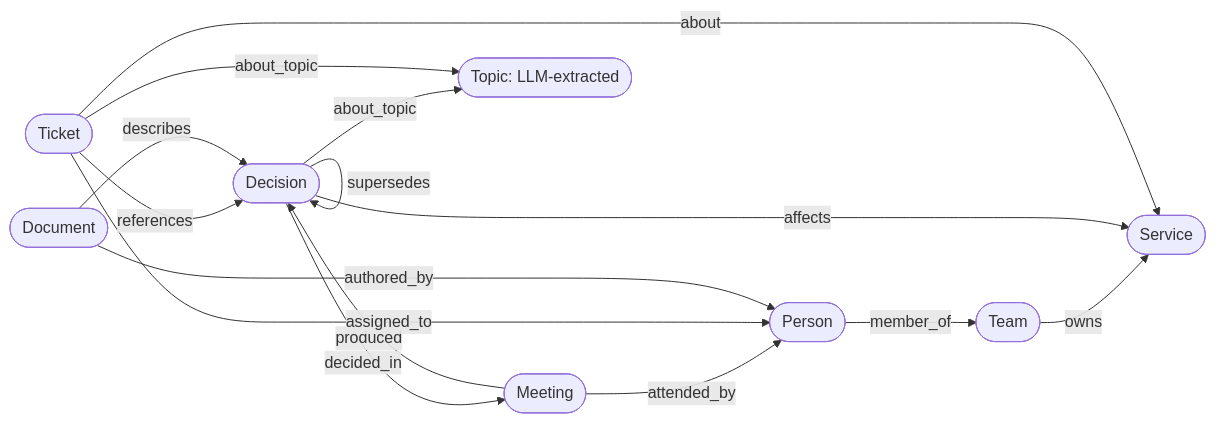
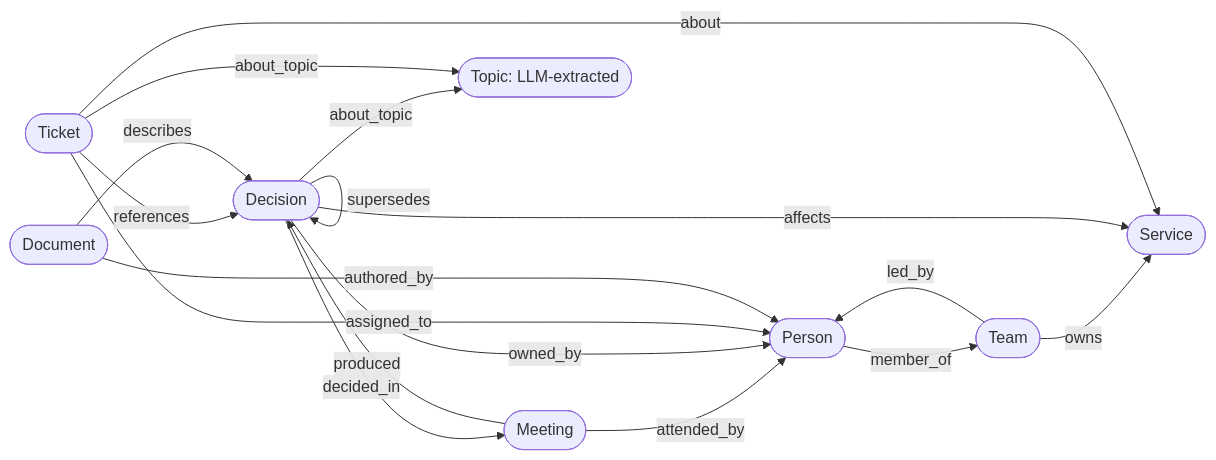
The third of 6 diagrams in docs/architecture.md (icyzh/cognee_brain), drawn with Mermaid before and after one commit. The commit also changed other lines of this file and 79 other files, not shown here.

````diff
--- a/docs/architecture.md
+++ b/docs/architecture.md
@@ -179,26 +179,28 @@
 ```mermaid
 flowchart LR
     P(["Person"])
     T(["Team"])
     S(["Service"])
     D(["Decision"])
     K(["Ticket"])
     M(["Meeting"])
     DOC(["Document"])
     TOP(["Topic: LLM-extracted"])
 
     P -- member_of --> T
     T -- owns --> S
     D -- affects --> S
     D -- decided_in --> M
     M -- attended_by --> P
     M -- produced --> D
     D -- supersedes --> D
+    D -- owned_by --> P
+    T -- led_by --> P
     K -- assigned_to --> P
     K -- about --> S
     K -- references --> D
     DOC -- describes --> D
     DOC -- authored_by --> P
     D -- about_topic --> TOP
     K -- about_topic --> TOP
 ```
````
